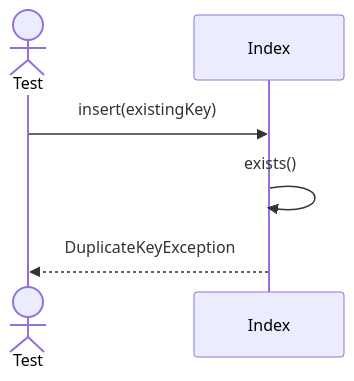
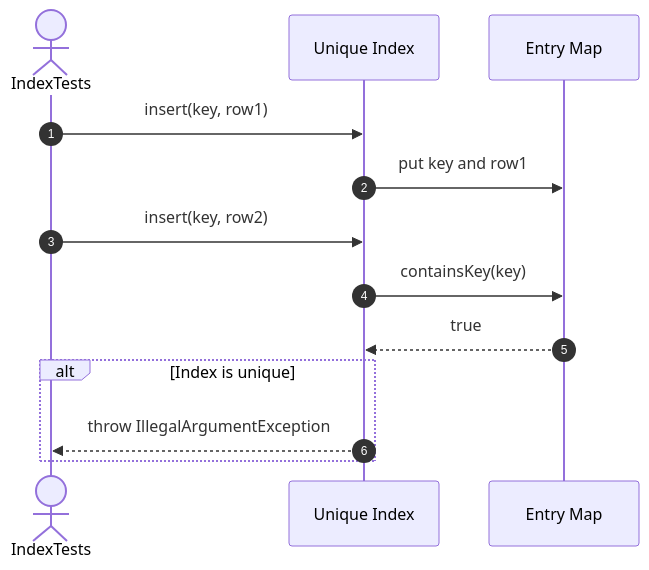
The seventh of 15 diagrams in src/tests/unit/metadata/sequences/indexs-testing.se.md (FhuAnn/-bbv-AN-s-DBMS), drawn with Mermaid before and after one commit. The commit also changed other lines of this file and 60 other files, not shown here.

Commit message:
refactor data table, row, column, constraint, index test file

````diff
--- a/src/tests/unit/metadata/sequences/indexs-testing.se.md
+++ b/src/tests/unit/metadata/sequences/indexs-testing.se.md
@@ -201,11 +111,18 @@
 ```mermaid
 sequenceDiagram
-actor Test
-participant Index
+    autonumber
+    actor Test as IndexTests
+    participant Index as Unique Index
+    participant Entries as Entry Map
 
-Test->>Index: insert(existingKey)
+    Test->>Index: insert(key, row1)
+    Index->>Entries: put key and row1
 
-Index->>Index: exists()
+    Test->>Index: insert(key, row2)
+    Index->>Entries: containsKey(key)
+    Entries-->>Index: true
 
-Index-->>Test: DuplicateKeyException
+    alt Index is unique
+        Index-->>Test: throw IllegalArgumentException
+    end
 ```
````
